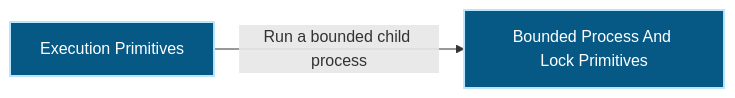
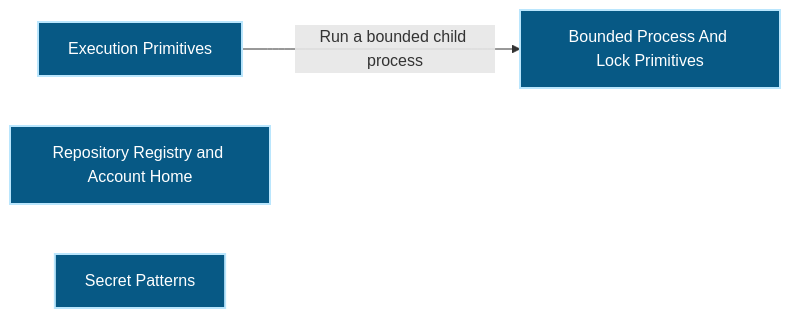
One commit to Ancienttwo/repo-harness changed the first of 2 diagrams in docs/architecture/modules/workflow-engine/execution-primitives.md. Above: the diagram before and after it, drawn with Mermaid. The commit also changed other lines of this file and 14 other files, not shown here.

First line of the commit message:
chore(projection): refresh generated architecture outputs for main@6b8bfc5b17f5

````diff
--- a/docs/architecture/modules/workflow-engine/execution-primitives.md
+++ b/docs/architecture/modules/workflow-engine/execution-primitives.md
@@ -16,10 +16,12 @@
 ```mermaid
 flowchart LR
   p1_capability_workflow_engine_execution_primitives_b3033934["Execution Primitives"]:::component
   p1_component_execution_primitives_primary_800678c8["Bounded Process And Lock Primitives"]:::component
+  p1_component_execution_primitives_repository_registry_49e2fbe9["Repository Registry and Account Home"]:::component
+  p1_component_execution_primitives_secret_patterns_075f309a["Secret Patterns"]:::component
   p1_capability_workflow_engine_execution_primitives_b3033934 -->|"Run a bounded child process"| p1_component_execution_primitives_primary_800678c8
   classDef actor fill:#111827,color:#ffffff,stroke:#f9fafb,stroke-width:2px
   classDef component fill:#075985,color:#ffffff,stroke:#bae6fd,stroke-width:2px
   classDef datastore fill:#3f6212,color:#ffffff,stroke:#d9f99d,stroke-width:2px
   classDef external fill:#7c2d12,color:#ffffff,stroke:#fed7aa,stroke-width:2px
 ```
````
